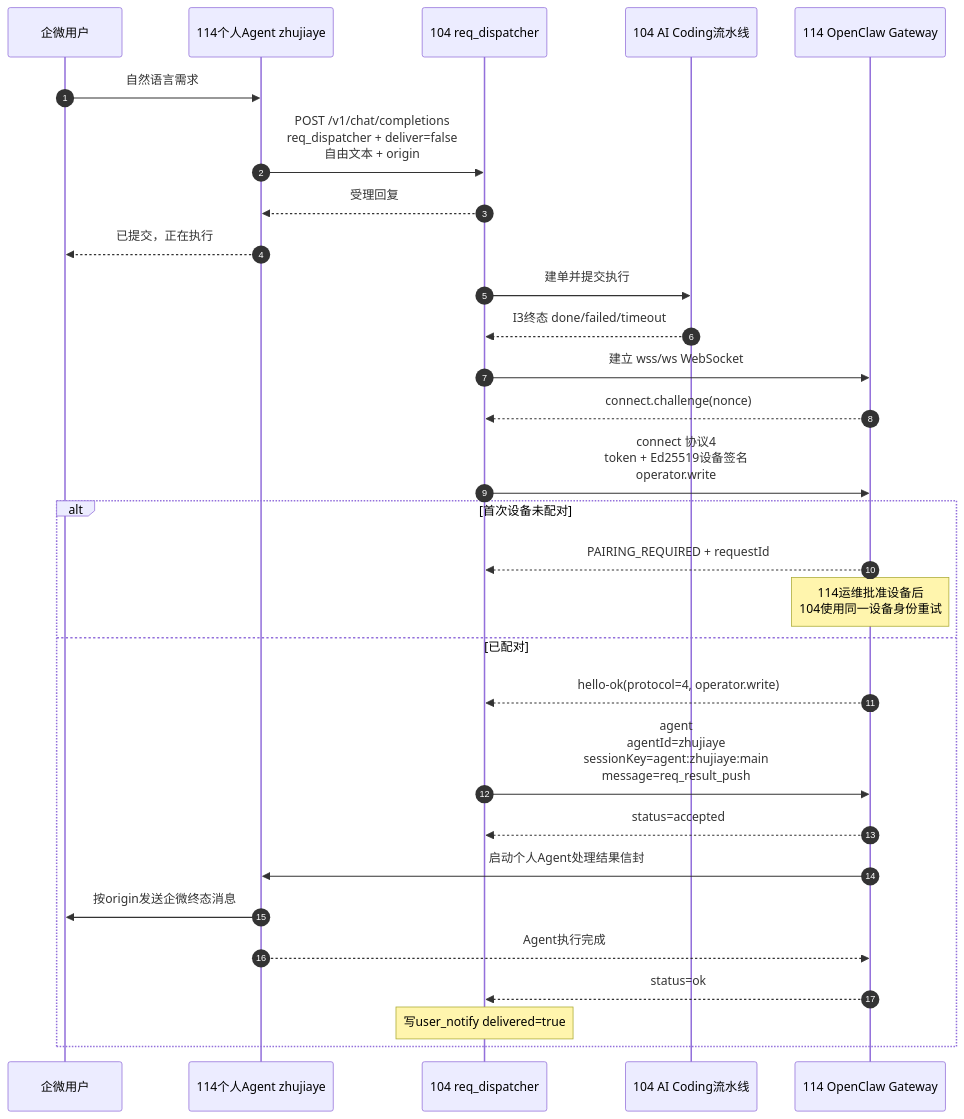
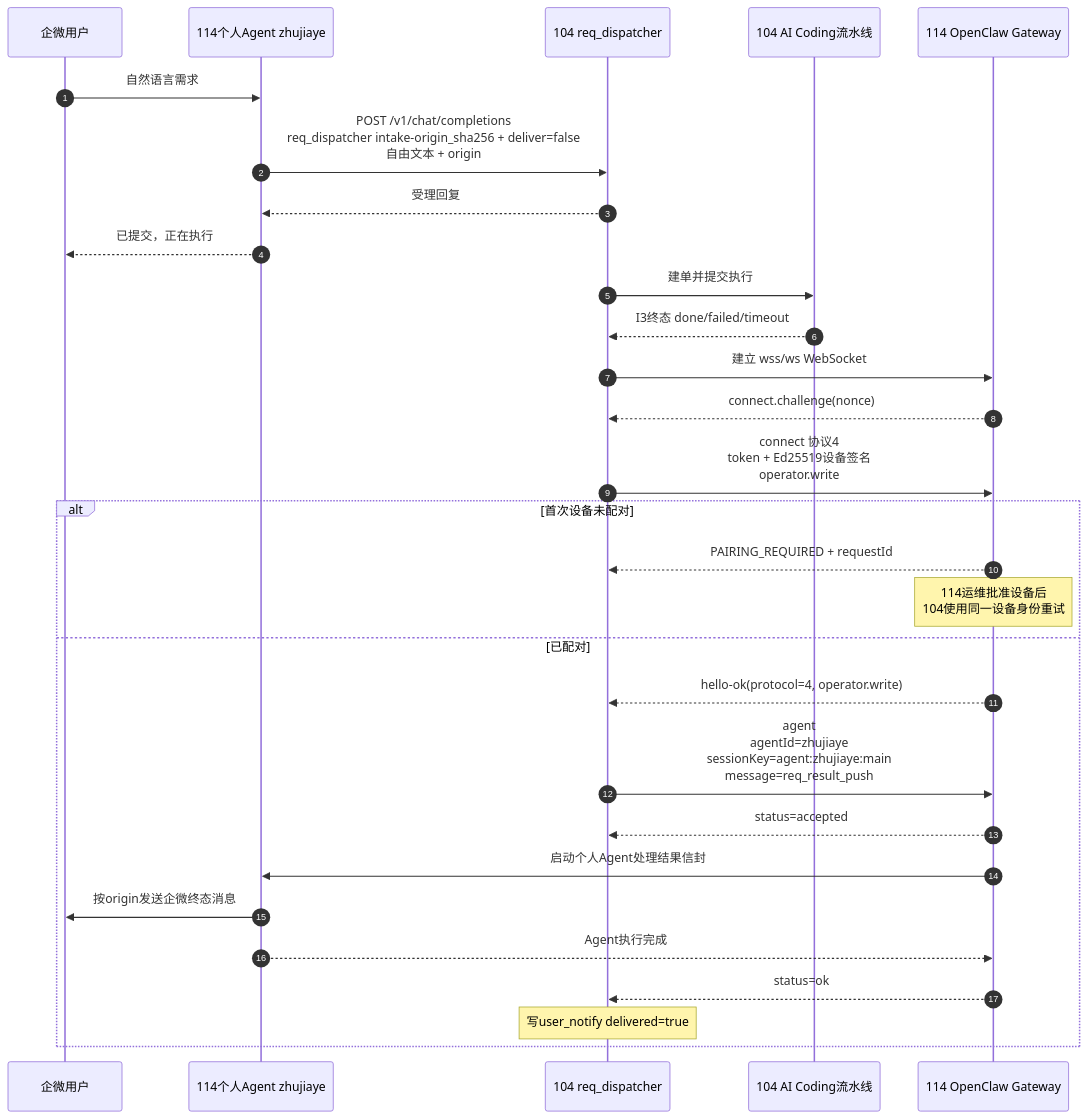
The second of 2 diagrams in docs/blue-zone-infrastructure/openclaw-104-114-communication-contract.md (YCyberNexus/MyOpenClawAgents), drawn with Mermaid before and after one commit. The commit also changed other lines of this file and 8 other files, not shown here.

First line of the commit message:
隔离 req_dispatcher 智伴入口会话

````diff
--- a/docs/blue-zone-infrastructure/openclaw-104-114-communication-contract.md
+++ b/docs/blue-zone-infrastructure/openclaw-104-114-communication-contract.md
@@ -380,34 +389,34 @@
 ```mermaid
 sequenceDiagram
     autonumber
     participant U as 企微用户
     participant A as 114个人Agent zhujiaye
     participant D as 104 req_dispatcher
     participant P as 104 AI Coding流水线
     participant G as 114 OpenClaw Gateway
 
     U->>A: 自然语言需求
-    A->>D: POST /v1/chat/completions<br/>req_dispatcher + deliver=false<br/>自由文本 + origin
+    A->>D: POST /v1/chat/completions<br/>req_dispatcher intake-origin_sha256 + deliver=false<br/>自由文本 + origin
     D-->>A: 受理回复
     A-->>U: 已提交，正在执行
     D->>P: 建单并提交执行
     P-->>D: I3终态 done/failed/timeout
 
     D->>G: 建立 wss/ws WebSocket
     G-->>D: connect.challenge(nonce)
     D->>G: connect 协议4<br/>token + Ed25519设备签名<br/>operator.write
 
     alt 首次设备未配对
         G-->>D: PAIRING_REQUIRED + requestId
         Note over G: 114运维批准设备后<br/>104使用同一设备身份重试
     else 已配对
         G-->>D: hello-ok(protocol=4, operator.write)
         D->>G: agent<br/>agentId=zhujiaye<br/>sessionKey=agent:zhujiaye:main<br/>message=req_result_push
         G-->>D: status=accepted
         G->>A: 启动个人Agent处理结果信封
         A->>U: 按origin发送企微终态消息
         A-->>G: Agent执行完成
         G-->>D: status=ok
         Note over D: 写user_notify delivered=true
     end
 ```
````
